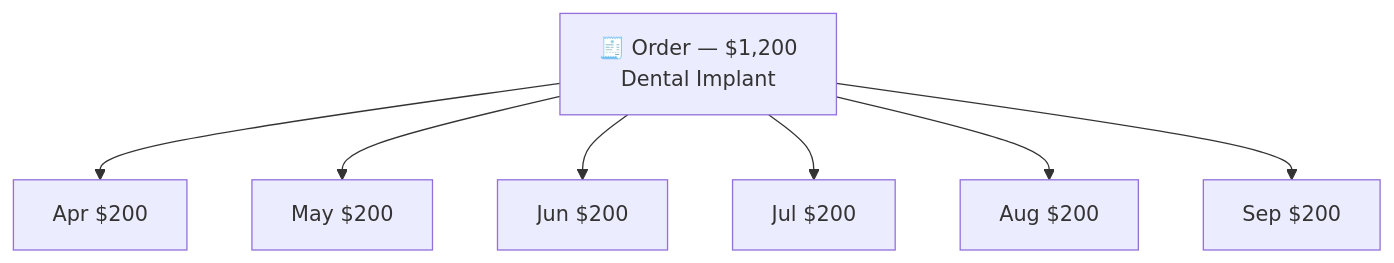
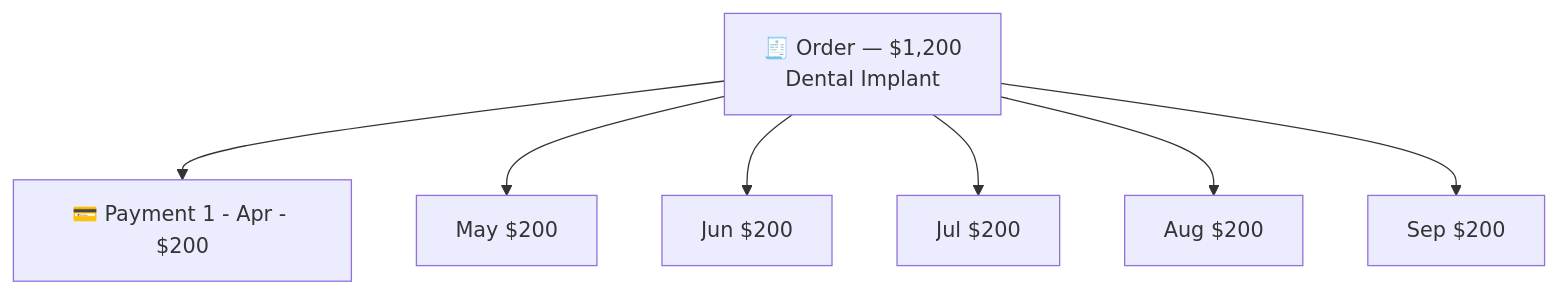
The second of 2 diagrams in docs/Payment Concepts/orders/index.md (Prahsys/prahsys-documentation-v2), drawn with Mermaid before and after one commit.

Commit message:
Update doc `orders`

````diff
--- a/docs/Payment Concepts/orders/index.md
+++ b/docs/Payment Concepts/orders/index.md
@@ -31,11 +31,11 @@
 ```mermaid
 flowchart TB
     O["🧾 Order — $1,200
     Dental Implant"]
-    O --> P1["Apr $200"]
+    O --> P1["💳 Payment 1 - Apr - $200"]
     O --> P2["May $200"]
     O --> P3["Jun $200"]
     O --> P4["Jul $200"]
     O --> P5["Aug $200"]
     O --> P6["Sep $200"]
 ```
````
